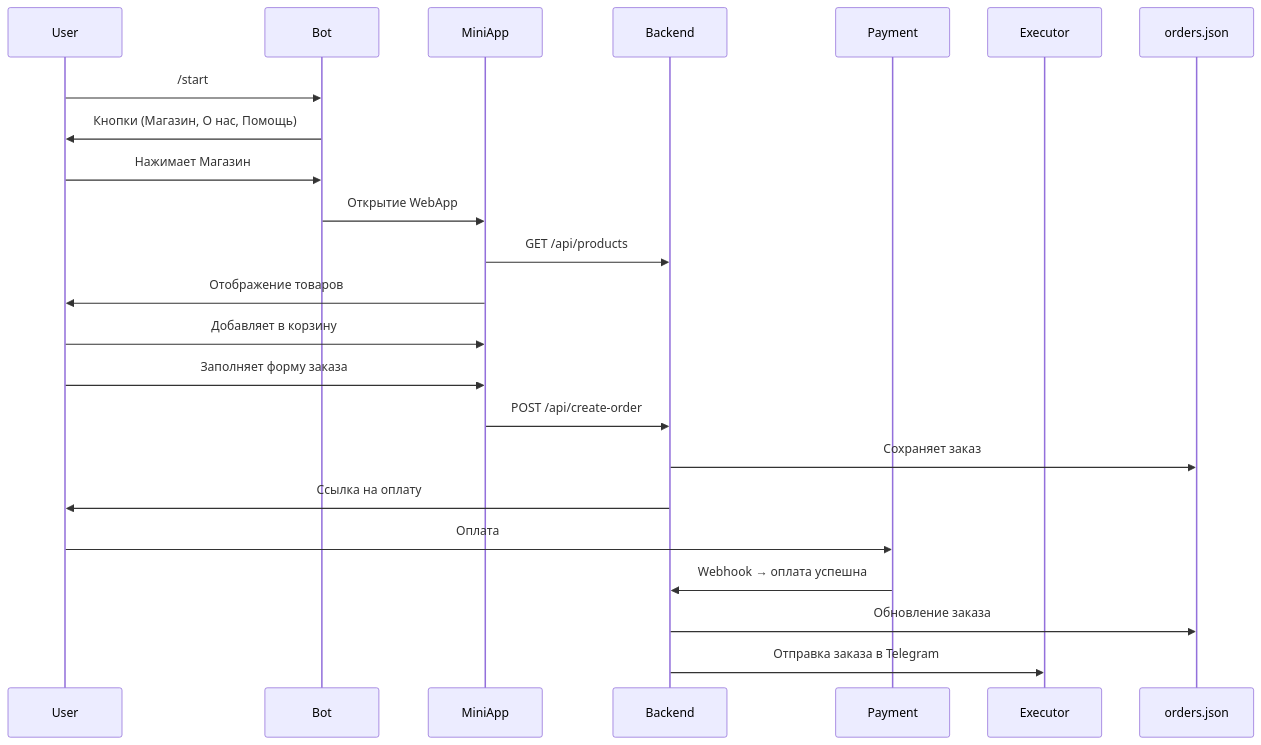
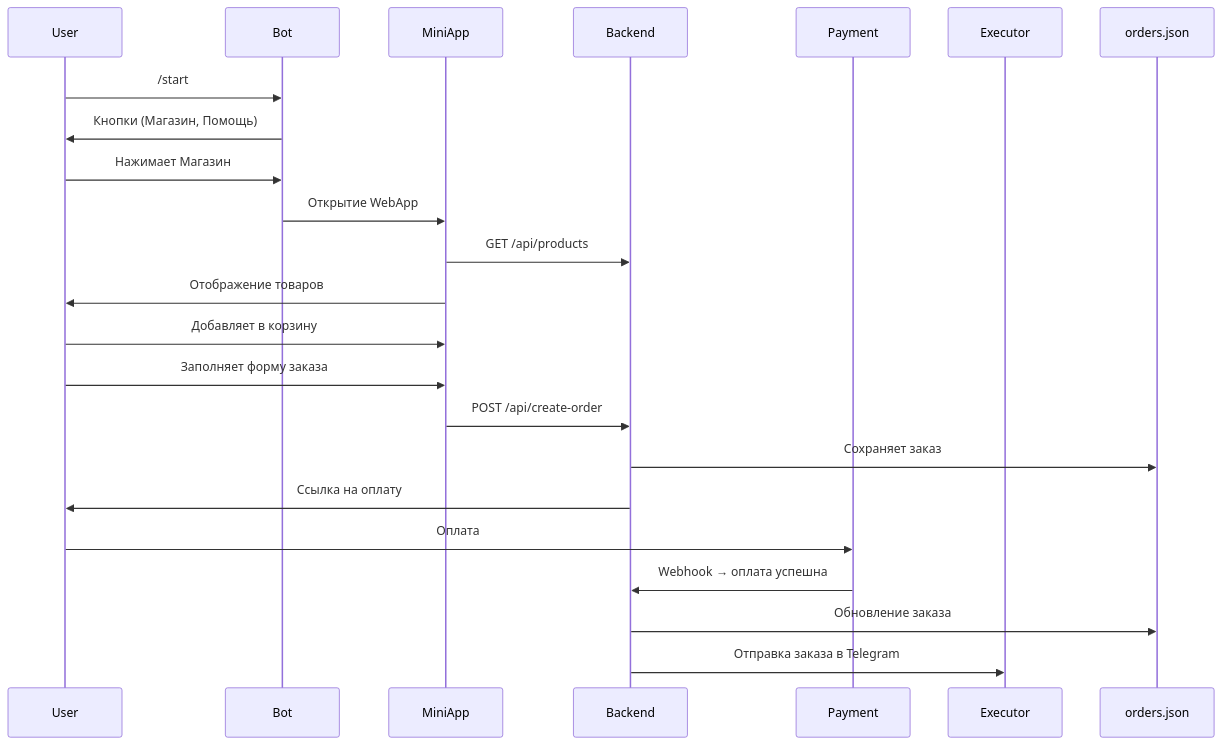
Before and after one commit to MihailShivak/Telegram_Web_App_Erosia: the diagram in README.md, drawn with Mermaid. The commit also changed other lines of this file, not shown here.

````diff
--- a/README.md
+++ b/README.md
@@ -135,25 +135,25 @@
 ```mermaid
 sequenceDiagram
     participant User
     participant Bot
     participant MiniApp
     participant Backend
     participant Payment
     participant Executor
 
     User->>Bot: /start
-    Bot->>User: Кнопки (Магазин, О нас, Помощь)
+    Bot->>User: Кнопки (Магазин, Помощь)
     User->>Bot: Нажимает Магазин
     Bot->>MiniApp: Открытие WebApp
     MiniApp->>Backend: GET /api/products
     MiniApp->>User: Отображение товаров
     User->>MiniApp: Добавляет в корзину
     User->>MiniApp: Заполняет форму заказа
     MiniApp->>Backend: POST /api/create-order
     Backend->>orders.json: Сохраняет заказ
     Backend->>User: Ссылка на оплату
     User->>Payment: Оплата
     Payment->>Backend: Webhook → оплата успешна
     Backend->>orders.json: Обновление заказа
     Backend->>Executor: Отправка заказа в Telegram
 ```
````
